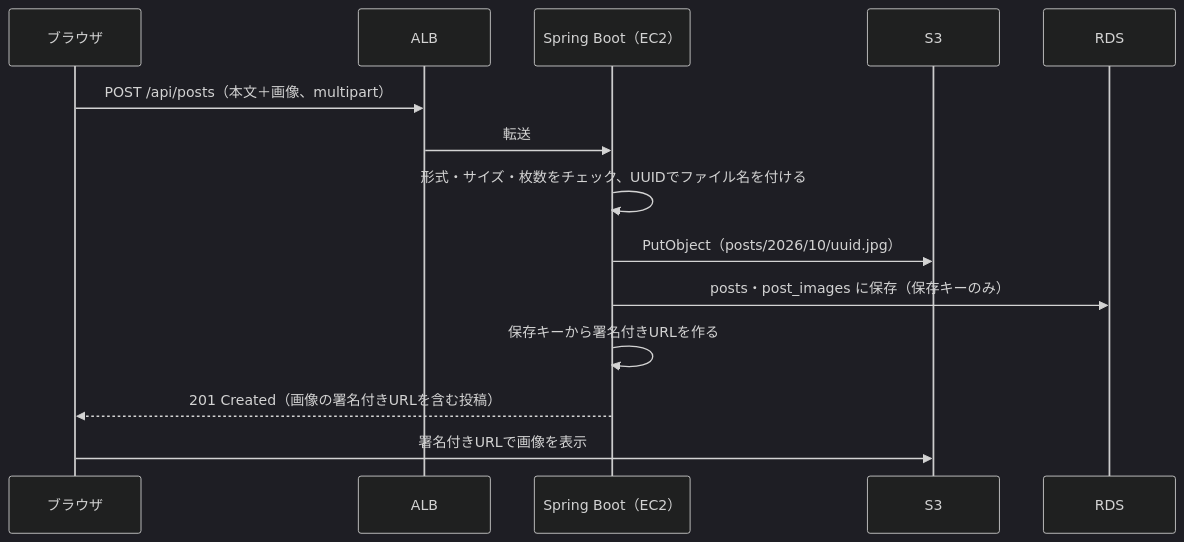
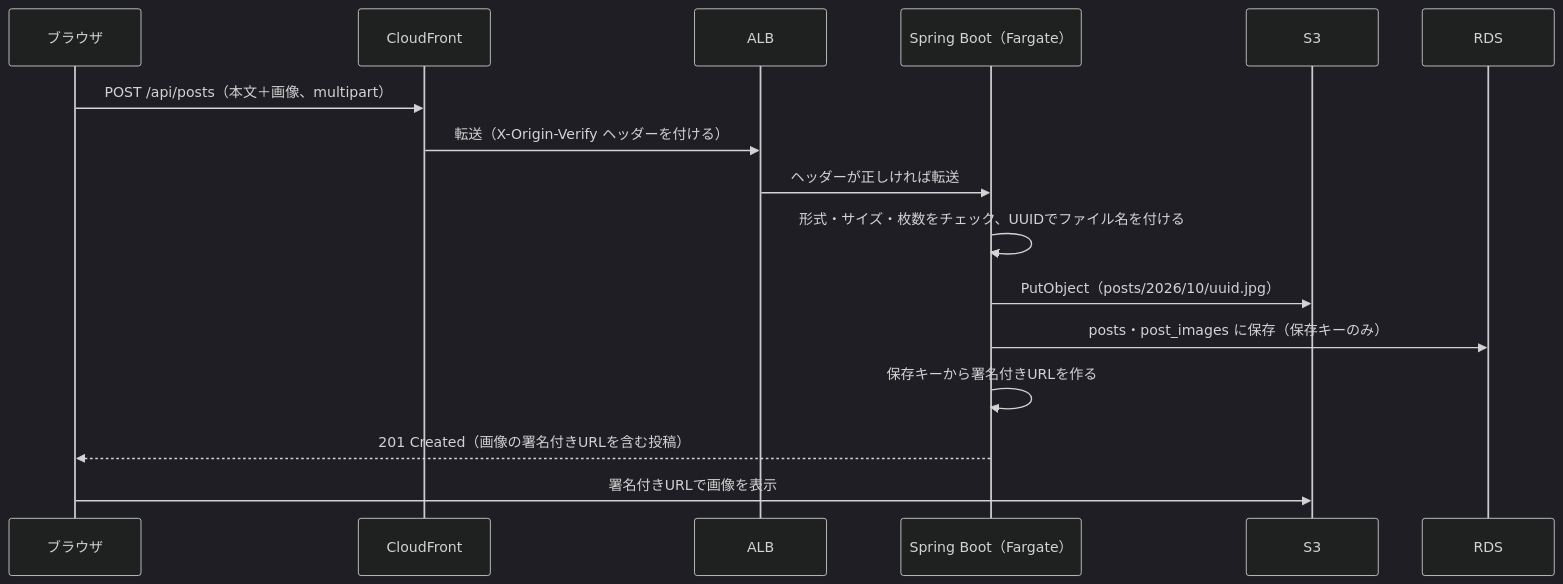
Before and after one commit to kuroda1995/sns-timeline: the second of 4 diagrams in インフラ構成図.md, drawn with Mermaid (dark theme). The commit also changed other lines of this file and 32 other files, not shown here.

First line of the commit message:
infra: S3 + CloudFront + ECS Fargate の構成で AWS にデプロイできるようにする

````diff
--- a/インフラ構成図.md
+++ b/インフラ構成図.md
@@ -108,17 +115,19 @@
 ```mermaid
 sequenceDiagram
     participant B as ブラウザ
+    participant CF as CloudFront
     participant ALB as ALB
-    participant API as Spring Boot（EC2）
+    participant API as Spring Boot（Fargate）
     participant S3 as S3
     participant DB as RDS
 
-    B->>ALB: POST /api/posts（本文＋画像、multipart）
-    ALB->>API: 転送
+    B->>CF: POST /api/posts（本文＋画像、multipart）
+    CF->>ALB: 転送（X-Origin-Verify ヘッダーを付ける）
+    ALB->>API: ヘッダーが正しければ転送
     API->>API: 形式・サイズ・枚数をチェック、UUIDでファイル名を付ける
     API->>S3: PutObject（posts/2026/10/uuid.jpg）
     API->>DB: posts・post_images に保存（保存キーのみ）
     API->>API: 保存キーから署名付きURLを作る
     API-->>B: 201 Created（画像の署名付きURLを含む投稿）
     B->>S3: 署名付きURLで画像を表示
 ```
````
